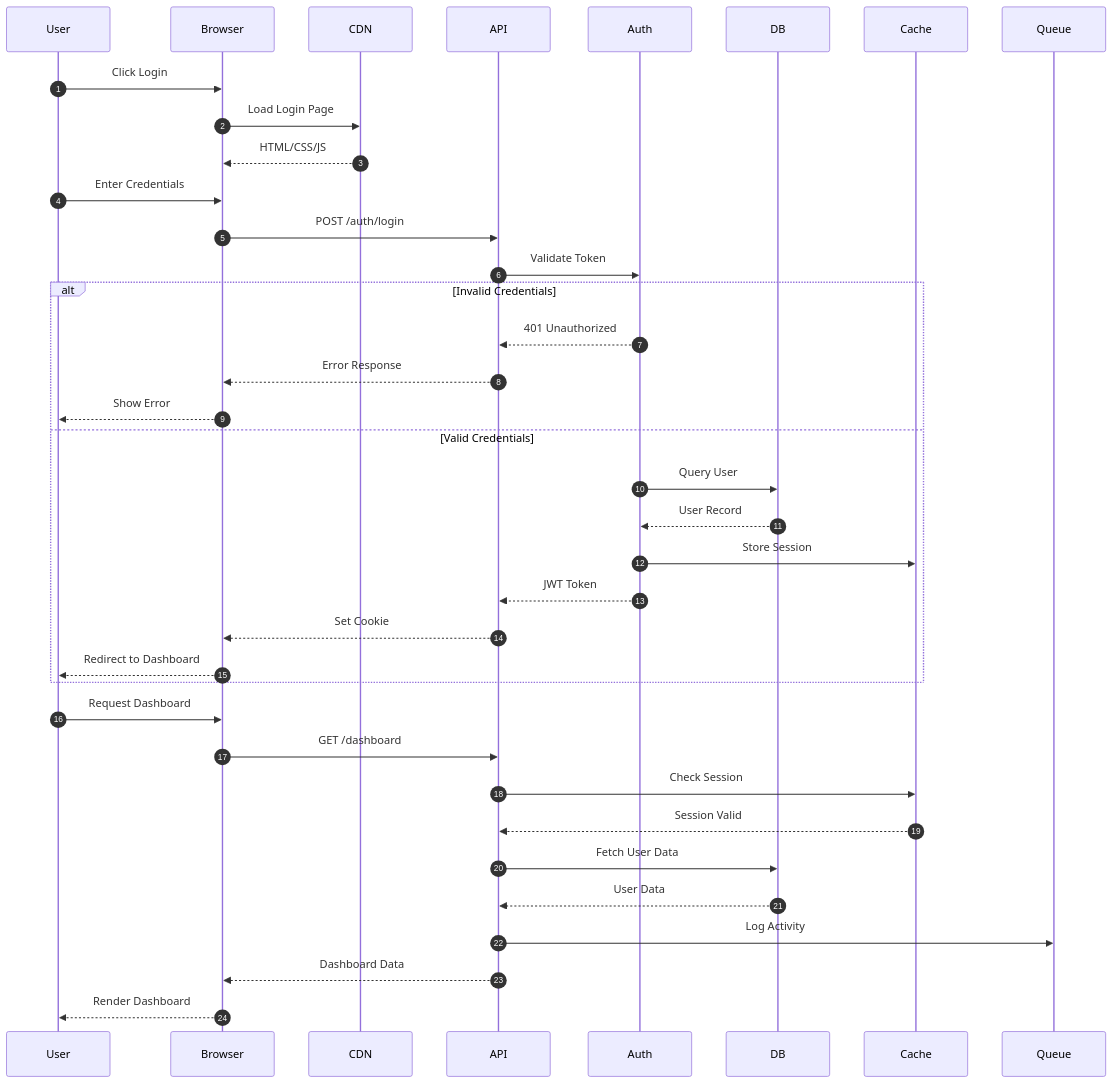
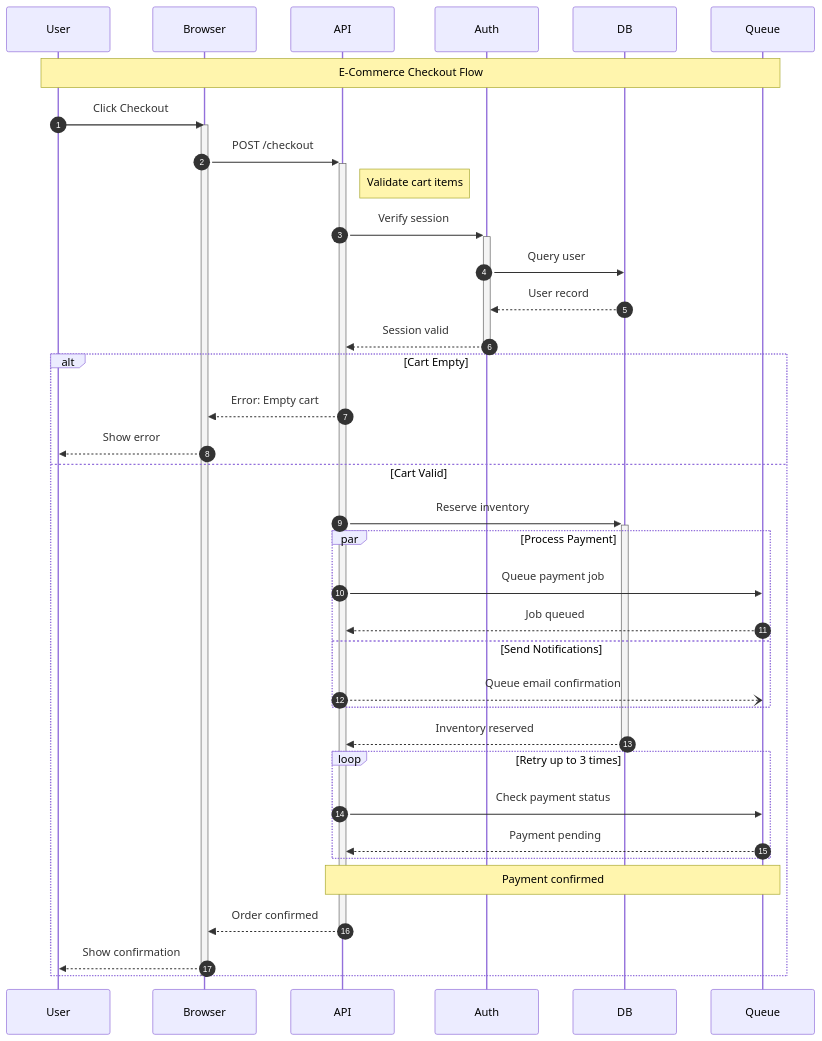
One commit to btucker/selkie changed the diagram in docs/sources/sequence_complex.mmd. Above: the diagram before and after it, drawn with Mermaid. The commit also changed 1 other file, not shown here.

Commit message:
Enhance sequence diagram with notes, loops, alt/par blocks
Showcase more Selkie sequence diagram features:
- Note over (spanning participants)
- Note right of (single participant)
- alt/else conditional blocks
- par/and parallel execution blocks
- loop blocks with condition
- activate/deactivate lifelines
- Various arrow types (solid, dashed, async)

```diff
--- a/docs/sources/sequence_complex.mmd
+++ b/docs/sources/sequence_complex.mmd
@@ -1,41 +1,48 @@
 sequenceDiagram
     autonumber
     participant User
     participant Browser
-    participant CDN
     participant API
     participant Auth
     participant DB
-    participant Cache
     participant Queue
 
-    User->>Browser: Click Login
-    Browser->>CDN: Load Login Page
-    CDN-->>Browser: HTML/CSS/JS
+    Note over User,Queue: E-Commerce Checkout Flow
 
-    User->>Browser: Enter Credentials
-    Browser->>API: POST /auth/login
-    API->>Auth: Validate Token
+    User->>Browser: Click Checkout
+    activate Browser
+    Browser->>+API: POST /checkout
 
-    alt Invalid Credentials
-        Auth-->>API: 401 Unauthorized
-        API-->>Browser: Error Response
-        Browser-->>User: Show Error
-    else Valid Credentials
-        Auth->>DB: Query User
-        DB-->>Auth: User Record
-        Auth->>Cache: Store Session
-        Auth-->>API: JWT Token
-        API-->>Browser: Set Cookie
-        Browser-->>User: Redirect to Dashboard
+    Note right of API: Validate cart items
+
+    API->>+Auth: Verify session
+    Auth->>DB: Query user
+    DB-->>Auth: User record
+    Auth-->>-API: Session valid
+
+    alt Cart Empty
+        API-->>Browser: Error: Empty cart
+        Browser-->>User: Show error
+    else Cart Valid
+        API->>+DB: Reserve inventory
+
+        par Process Payment
+            API->>Queue: Queue payment job
+            Queue-->>API: Job queued
+        and Send Notifications
+            API--)Queue: Queue email confirmation
+        end
+
+        DB-->>-API: Inventory reserved
+
+        loop Retry up to 3 times
+            API->>Queue: Check payment status
+            Queue-->>API: Payment pending
+        end
+
+        Note over API,Queue: Payment confirmed
+
+        API-->>-Browser: Order confirmed
+        Browser-->>User: Show confirmation
     end
-
-    User->>Browser: Request Dashboard
-    Browser->>API: GET /dashboard
-    API->>Cache: Check Session
-    Cache-->>API: Session Valid
-    API->>DB: Fetch User Data
-    DB-->>API: User Data
-    API->>Queue: Log Activity
-    API-->>Browser: Dashboard Data
-    Browser-->>User: Render Dashboard
+    deactivate Browser
```
